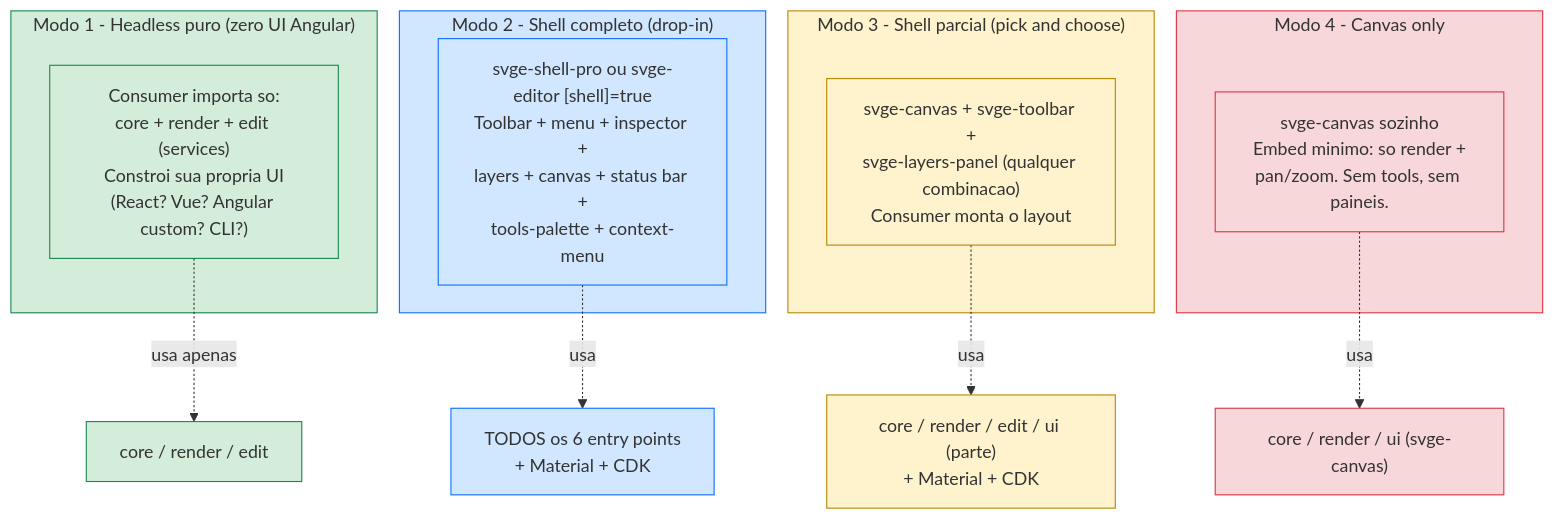
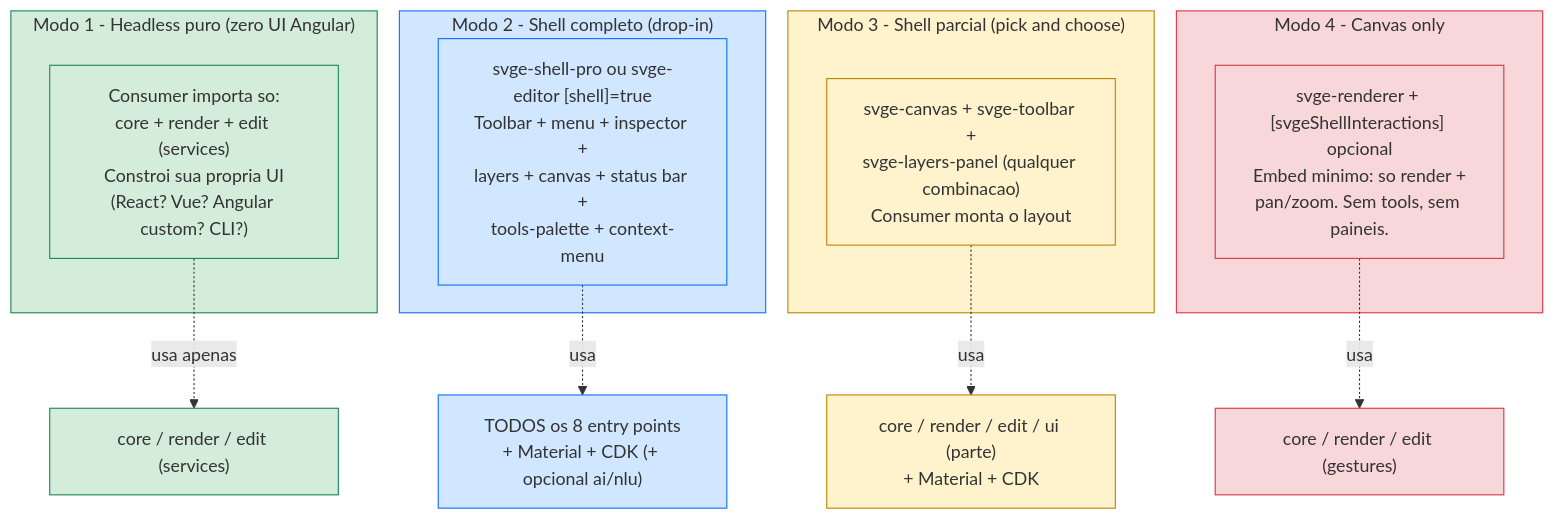
One commit to mosaicoo/svg-engine changed the third of 3 diagrams in docs/02-arquitetura.md. Above: the diagram before and after it, drawn with Mermaid. The commit also changed other lines of this file and 1 other file, not shown here.

````diff
--- a/docs/02-arquitetura.md
+++ b/docs/02-arquitetura.md
@@ -344,33 +387,33 @@
 ```mermaid
 flowchart TB
   subgraph Mode1["Modo 1 - Headless puro (zero UI Angular)"]
     M1["Consumer importa so:<br/>core + render + edit (services)<br/>Constroi sua propria UI<br/>(React? Vue? Angular custom? CLI?)"]
   end
 
   subgraph Mode2["Modo 2 - Shell completo (drop-in)"]
     M2["svge-shell-pro ou svge-editor [shell]=true<br/>Toolbar + menu + inspector +<br/>layers + canvas + status bar +<br/>tools-palette + context-menu"]
   end
 
   subgraph Mode3["Modo 3 - Shell parcial (pick and choose)"]
     M3["svge-canvas + svge-toolbar +<br/>svge-layers-panel (qualquer combinacao)<br/>Consumer monta o layout"]
   end
 
   subgraph Mode4["Modo 4 - Canvas only"]
-    M4["svge-canvas sozinho<br/>Embed minimo: so render +<br/>pan/zoom. Sem tools, sem paineis."]
+    M4["svge-renderer + [svgeShellInteractions] opcional<br/>Embed minimo: so render +<br/>pan/zoom. Sem tools, sem paineis."]
   end
 
-  M1 -.->|usa apenas| L1["core / render / edit"]
-  M2 -.->|usa| L2["TODOS os 6 entry points<br/>+ Material + CDK"]
+  M1 -.->|usa apenas| L1["core / render / edit (services)"]
+  M2 -.->|usa| L2["TODOS os 8 entry points<br/>+ Material + CDK (+ opcional ai/nlu)"]
   M3 -.->|usa| L3["core / render / edit / ui (parte)<br/>+ Material + CDK"]
-  M4 -.->|usa| L4["core / render / ui (svge-canvas)"]
+  M4 -.->|usa| L4["core / render / edit (gestures)"]
 
   classDef m1 fill:#d4edda,stroke:#198754
   classDef m2 fill:#d1e7ff,stroke:#0d6efd
   classDef m3 fill:#fff3cd,stroke:#b88600
   classDef m4 fill:#f8d7da,stroke:#dc3545
 
   class Mode1,M1,L1 m1
   class Mode2,M2,L2 m2
   class Mode3,M3,L3 m3
   class Mode4,M4,L4 m4
 ```
````
